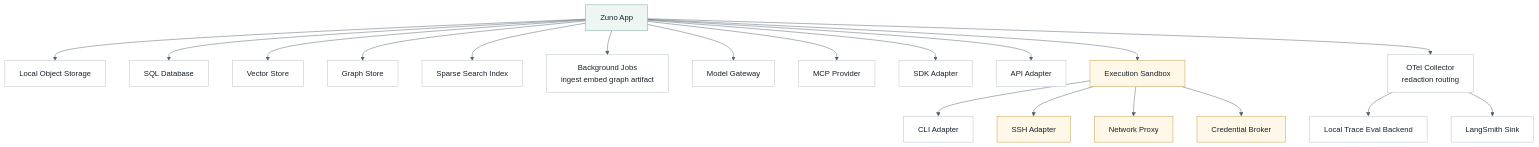
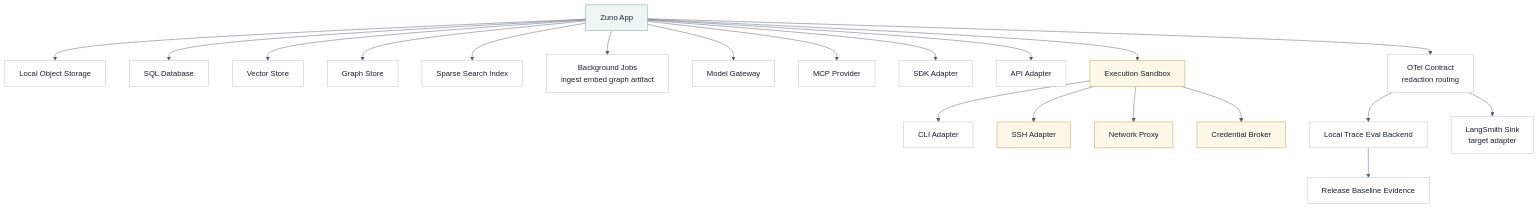
One commit to ProfessorZhi/Zuno changed the eighth of 10 diagrams in docs/architecture/architecture.md. Above: the diagram before and after it, drawn with Mermaid. The commit also changed other lines of this file and 21 other files, not shown here.

Commit message:
docs: refresh architecture docs and diagrams

````diff
--- a/docs/architecture/architecture.md
+++ b/docs/architecture/architecture.md
@@ -1536,45 +1550,46 @@
 ```mermaid
 %%{init: {"theme": "base", "themeVariables": {"background": "#f7f8fb", "lineColor": "#52616f"}}}%%
 flowchart TB
   classDef node fill:#ffffff,stroke:#b8c2cc,stroke-width:1px,color:#16202a;
   classDef accent fill:#eef6f3,stroke:#7aa59a,stroke-width:1px,color:#16202a;
   classDef guard fill:#fff8e8,stroke:#c59b43,stroke-width:1px,color:#16202a;
 
   APP["Zuno App"]:::accent
   STORE["Local Object Storage"]
   SQL["SQL Database"]
   VDB["Vector Store"]
   GDB["Graph Store"]
   SEARCH["Sparse Search Index"]
   JOBS["Background Jobs<br/>ingest embed graph artifact"]
   MODEL["Model Gateway"]
   MCP["MCP Provider"]
   SDK["SDK Adapter"]
   APIAD["API Adapter"]
   CLI["CLI Adapter"]
   SSH["SSH Adapter"]:::guard
   SANDBOX["Execution Sandbox"]:::guard
   NET["Network Proxy"]:::guard
   CREDS["Credential Broker"]:::guard
-  OTEL["OTel Collector<br/>redaction routing"]
+  OTEL["OTel Contract<br/>redaction routing"]
   TRACE["Local Trace Eval Backend"]
-  LS["LangSmith Sink"]
+  BASELINE["Release Baseline Evidence"]
+  LS["LangSmith Sink<br/>target adapter"]
   APP --> STORE
   APP --> SQL
   APP --> VDB
   APP --> GDB
   APP --> SEARCH
   APP --> JOBS
   APP --> MODEL
   APP --> MCP
   APP --> SDK
   APP --> APIAD
   APP --> SANDBOX
   SANDBOX --> CLI
   SANDBOX --> SSH
   SANDBOX --> NET
   SANDBOX --> CREDS
-  APP --> OTEL --> TRACE
+  APP --> OTEL --> TRACE --> BASELINE
   OTEL --> LS
-  class STORE,SQL,VDB,GDB,SEARCH,JOBS,MODEL,MCP,SDK,APIAD,CLI,TRACE,LS node;
+  class STORE,SQL,VDB,GDB,SEARCH,JOBS,MODEL,MCP,SDK,APIAD,CLI,TRACE,BASELINE,LS node;
 ```
````
